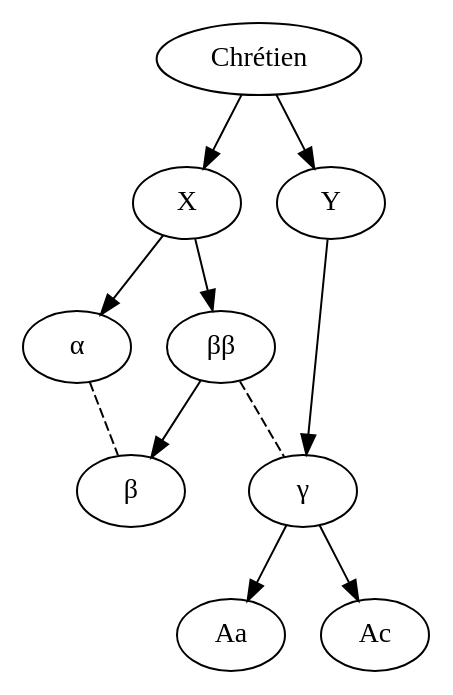
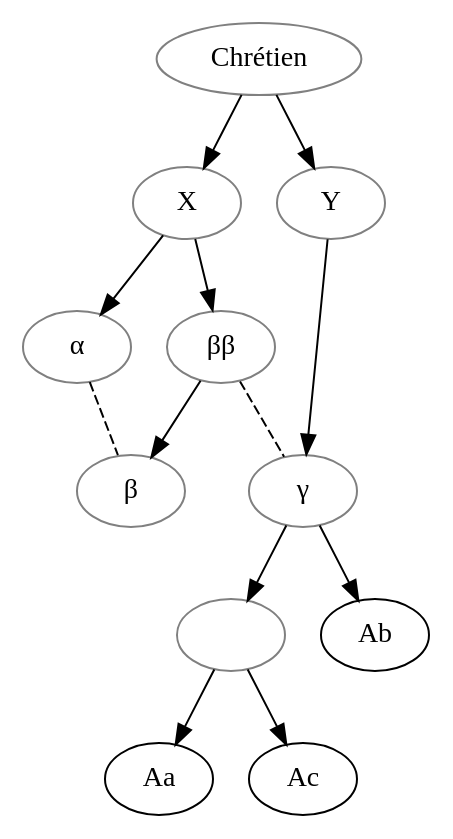
One commit to OpenStemmata/database changed the diagram in data/Charrette_2004/Lancelot.gv. Above: the diagram before and after it, drawn with Graphviz.

Commit message:
modifs stemma

```diff
--- a/data/Charrette_2004/Lancelot.gv
+++ b/data/Charrette_2004/Lancelot.gv
@@ -1,24 +1,34 @@
 digraph {
+
+    Chrétien[color="grey"];
+    X[color="grey"];
+    Y[color="grey"];
+    alpha [label="α", color="grey"];
+    betabeta [label="ββ", color="grey"];
+    beta [label="β", color="grey"];
+    gamma [label="γ", color="grey"];
+    1[label="", color="grey"]
 
     Chrétien -> X;
     Chrétien -> Y; 
 
     X -> alpha; 
-    alpha [label="α"]
     X -> betabeta;
-    betabeta [label="ββ"]
+    
 
     Y -> gamma ; 
-    gamma [label="γ"]
+    
 
     betabeta -> beta;
-    beta [label="β"]
+    
 
     alpha -> beta [dir=none, style="dashed"];
 
     betabeta -> gamma [dir=none, style="dashed"];
 
-    gamma -> Aa ; 
-    gamma -> Ac ; 
+    gamma -> Ab ;
+    gamma->1;
+    1->Aa;
+    1->Ac; 
 
-}
+} 
```
